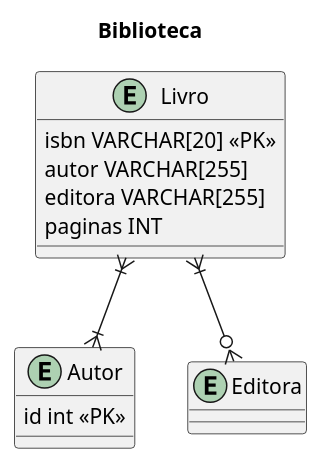
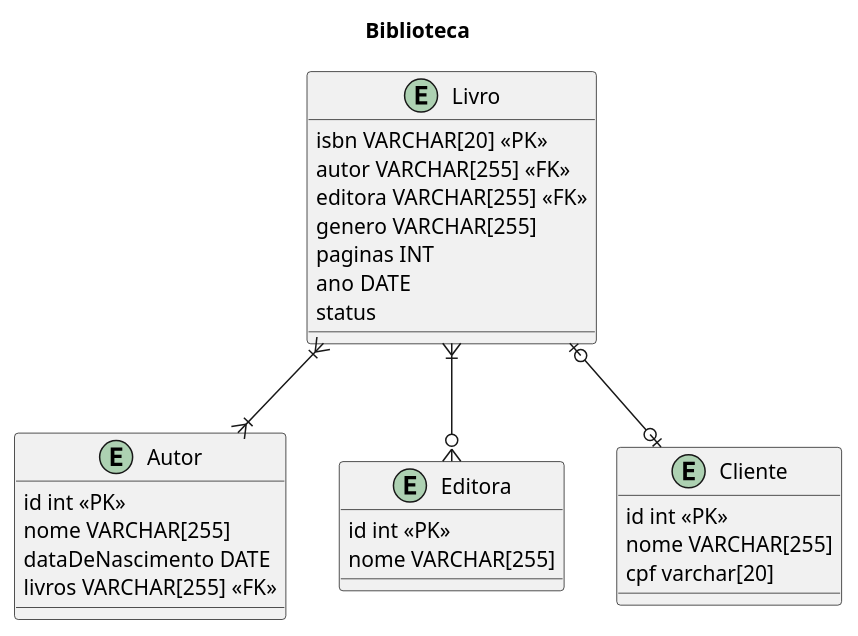
Before and after one commit to galaticghost/guieq.klarrind: the diagram in Modelagem/biblioteca.wsd, drawn with PlantUML. The commit also changed 9 other files, not shown here.

```diff
--- a/Modelagem/biblioteca.wsd
+++ b/Modelagem/biblioteca.wsd
@@ -1,24 +1,37 @@
 @startuml biblioteca
 title Biblioteca
 
 entity Livro{
     isbn VARCHAR[20] <<PK>>
-    autor VARCHAR[255]
-    editora VARCHAR[255]
+    autor VARCHAR[255] <<FK>>
+    editora VARCHAR[255] <<FK>>
+    genero VARCHAR[255]
     paginas INT
-    
+    ano DATE
+    status
 }
 
 entity Autor{
     id int <<PK>>
-
+    nome VARCHAR[255]
+    dataDeNascimento DATE
+    livros VARCHAR[255] <<FK>>
 }
 
 entity Editora{
+    id int <<PK>>
+    nome VARCHAR[255]
+    
+}
 
+entity Cliente{
+    id int <<PK>>
+    nome VARCHAR[255]
+    cpf varchar[20]
 }
 
 Livro }|--|{ Autor
 Livro }|--o{ Editora
+Livro |o--o| Cliente
 
 @enduml
```
